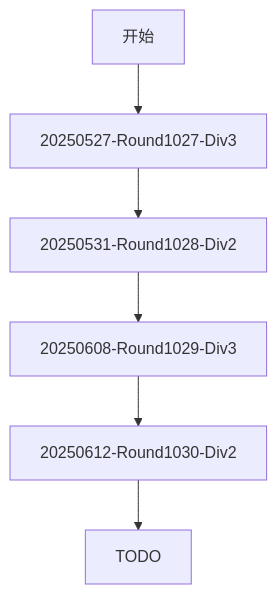
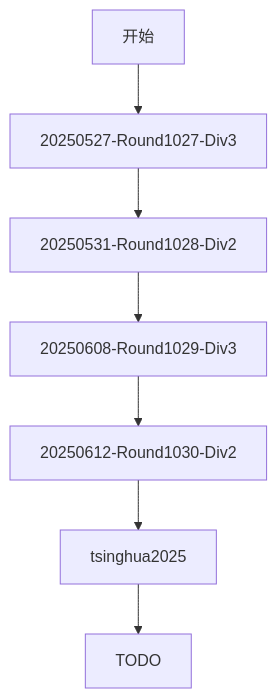
Before and after one commit to Thintime123/CodeforcesReflect: the diagram in README.md, drawn with Mermaid. The commit also changed other lines of this file, not shown here.

Commit message:
docs: add tsinghua2025 contest

````diff
--- a/README.md
+++ b/README.md
@@ -7,17 +7,19 @@
 ```mermaid
 graph TD
 A[开始] 
 -->
 B[20250527-Round1027-Div3]
 -->
 C[20250531-Round1028-Div2]
 -->
 D[20250608-Round1029-Div3]
 -->
 E[20250612-Round1030-Div2]
 -->
+F[tsinghua2025]
+-->
 END[TODO]
 %% B --> C{是否完成?}
 %% C -->|是| D[结束]
 %% C -->|否| B
 ```
````
